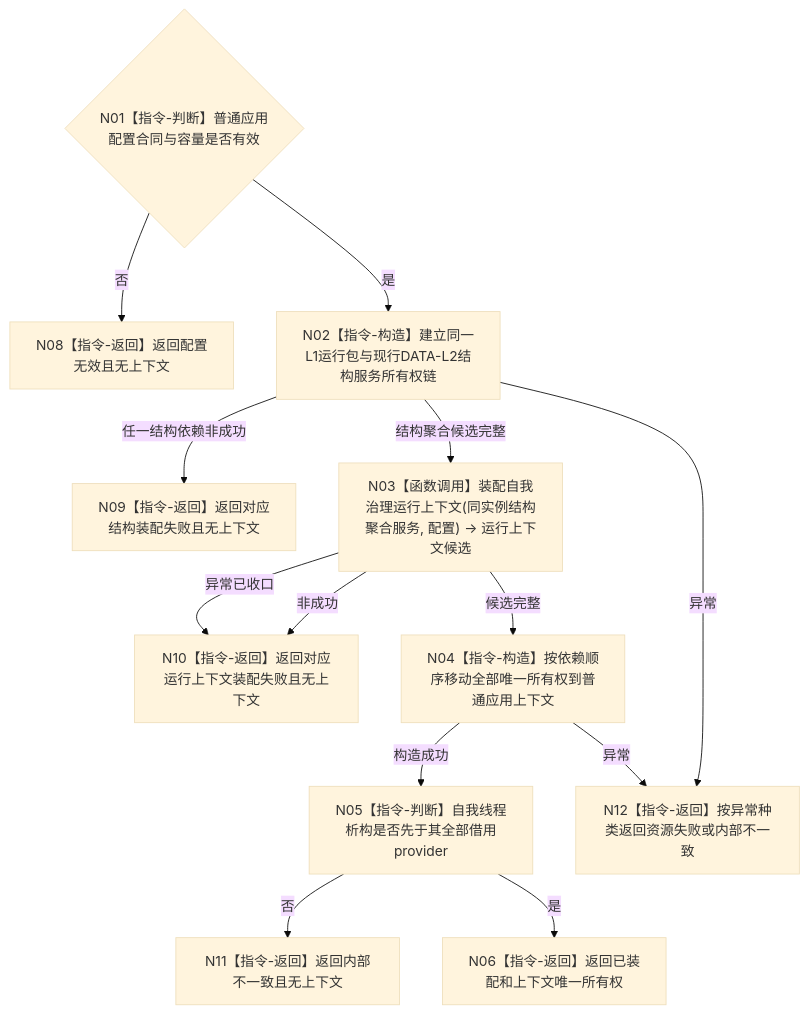
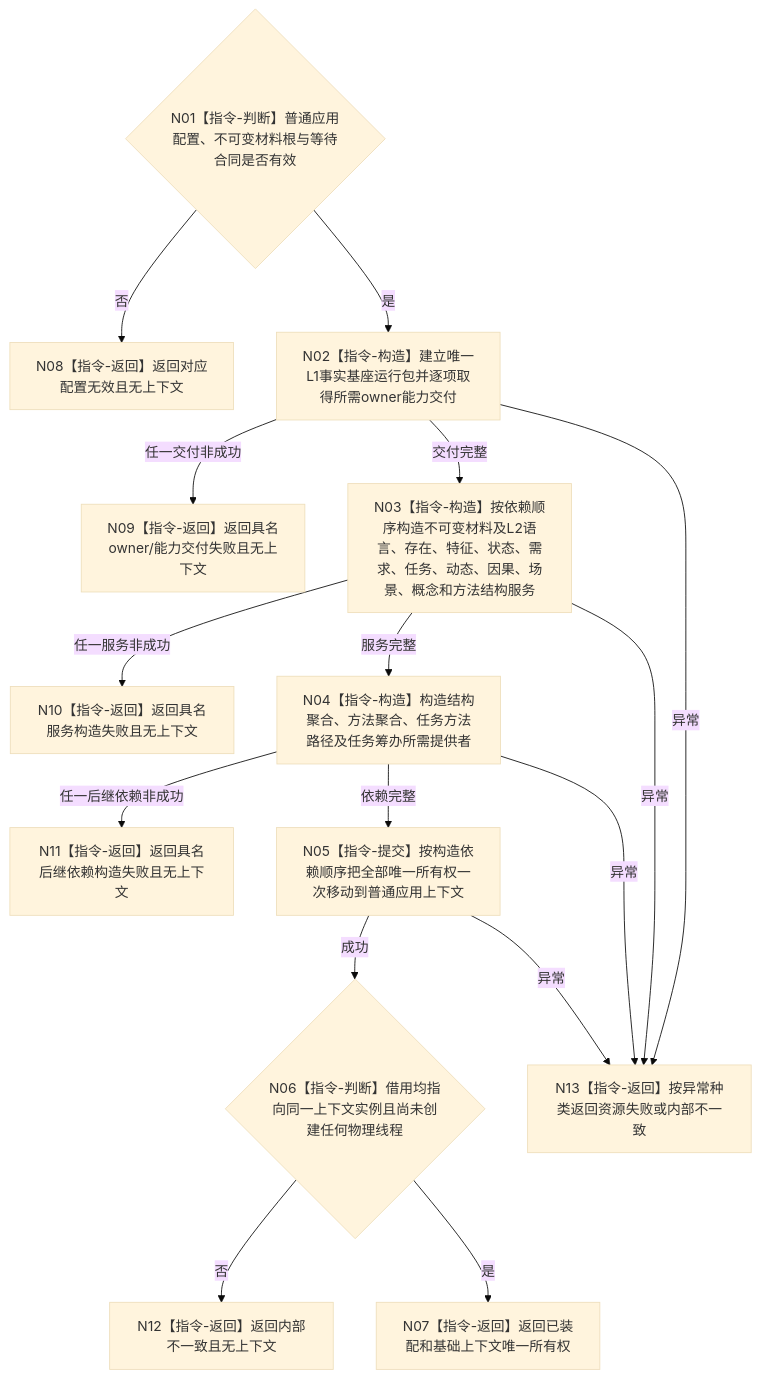
One commit to chunhaizh-cyber/HY-Ego changed the diagram in 流程图/目标业务流程图/L2/BIZ-L2-001-01_构造普通应用上下文_目标函数流程图_v0.2.md. Above: the diagram before and after it, drawn with Mermaid (base theme). The commit also changed other lines of this file and 7 other files, not shown here.

````diff
--- a/流程图/目标业务流程图/L2/BIZ-L2-001-01_构造普通应用上下文_目标函数流程图_v0.2.md
+++ b/流程图/目标业务流程图/L2/BIZ-L2-001-01_构造普通应用上下文_目标函数流程图_v0.2.md
@@ -32,15 +33,18 @@
 ```mermaid
 flowchart TD
-    N01{"N01【指令-判断】普通应用配置合同与容量是否有效"} -->|否| N08["N08【指令-返回】返回配置无效且无上下文"]
-    N01 -->|是| N02["N02【指令-构造】建立同一L1运行包与现行DATA-L2结构服务所有权链"]
-    N02 -->|任一结构依赖非成功| N09["N09【指令-返回】返回对应结构装配失败且无上下文"]
-    N02 -->|结构聚合候选完整| N03["N03【函数调用】装配自我治理运行上下文(同实例结构聚合服务, 配置) -> 运行上下文候选"]
-    N03 -->|非成功| N10["N10【指令-返回】返回对应运行上下文装配失败且无上下文"]
-    N03 -->|候选完整| N04["N04【指令-构造】按依赖顺序移动全部唯一所有权到普通应用上下文"]
-    N04 -->|构造成功| N05["N05【指令-判断】自我线程析构是否先于其全部借用provider"]
-    N05 -->|否| N11["N11【指令-返回】返回内部不一致且无上下文"]
-    N05 -->|是| N06["N06【指令-返回】返回已装配和上下文唯一所有权"]
-    N02 -->|异常| N12["N12【指令-返回】按异常种类返回资源失败或内部不一致"]
-    N03 -->|异常已收口| N10
-    N04 -->|异常| N12
+    N01{"N01【指令-判断】普通应用配置、不可变材料根与等待合同是否有效"} -->|否| N08["N08【指令-返回】返回对应配置无效且无上下文"]
+    N01 -->|是| N02["N02【指令-构造】建立唯一L1事实基座运行包并逐项取得所需owner能力交付"]
+    N02 -->|任一交付非成功| N09["N09【指令-返回】返回具名owner/能力交付失败且无上下文"]
+    N02 -->|交付完整| N03["N03【指令-构造】按依赖顺序构造不可变材料及L2语言、存在、特征、状态、需求、任务、动态、因果、场景、概念和方法结构服务"]
+    N03 -->|任一服务非成功| N10["N10【指令-返回】返回具名服务构造失败且无上下文"]
+    N03 -->|服务完整| N04["N04【指令-构造】构造结构聚合、方法聚合、任务方法路径及任务筹办所需提供者"]
+    N04 -->|任一后继依赖非成功| N11["N11【指令-返回】返回具名后继依赖构造失败且无上下文"]
+    N04 -->|依赖完整| N05["N05【指令-提交】按构造依赖顺序把全部唯一所有权一次移动到普通应用上下文"]
+    N05 -->|成功| N06{"N06【指令-判断】借用均指向同一上下文实例且尚未创建任何物理线程"}
+    N06 -->|否| N12["N12【指令-返回】返回内部不一致且无上下文"]
+    N06 -->|是| N07["N07【指令-返回】返回已装配和基础上下文唯一所有权"]
+    N02 -->|异常| N13["N13【指令-返回】按异常种类返回资源失败或内部不一致"]
+    N03 -->|异常| N13
+    N04 -->|异常| N13
+    N05 -->|异常| N13
 ```
````
